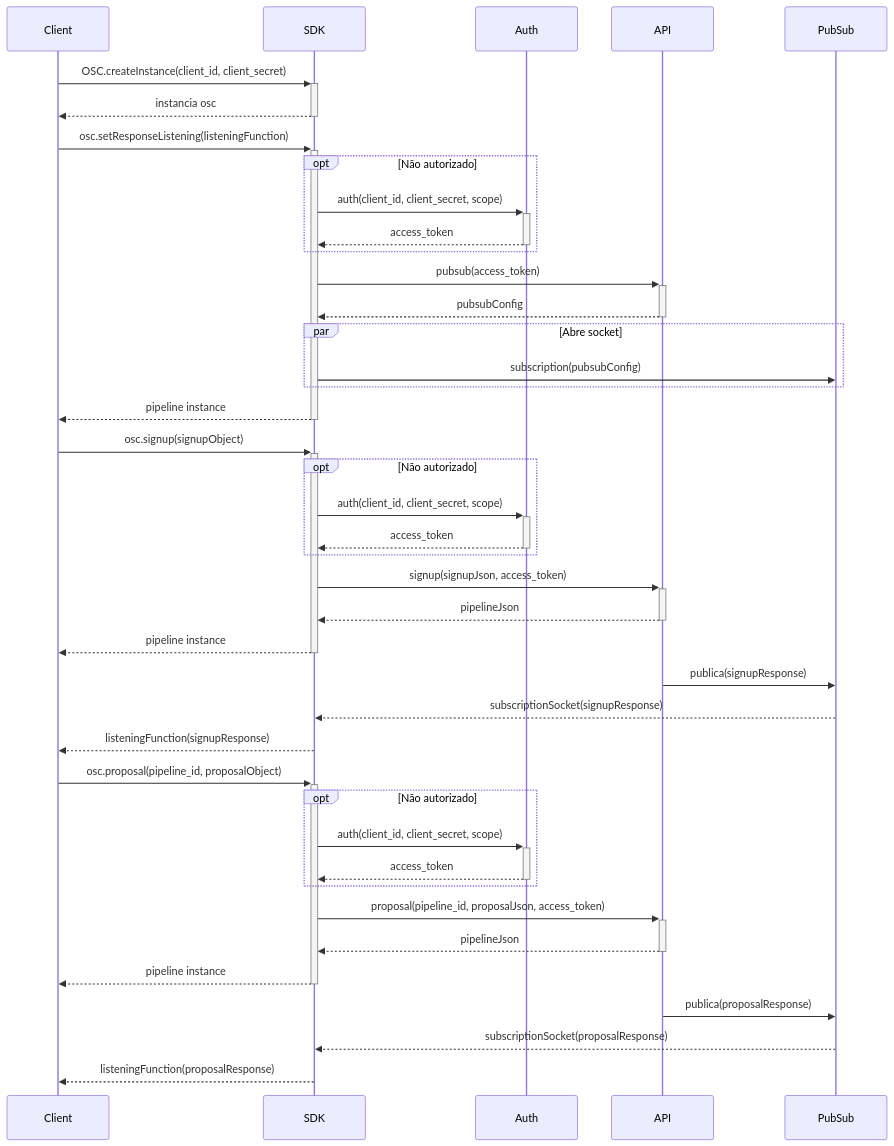
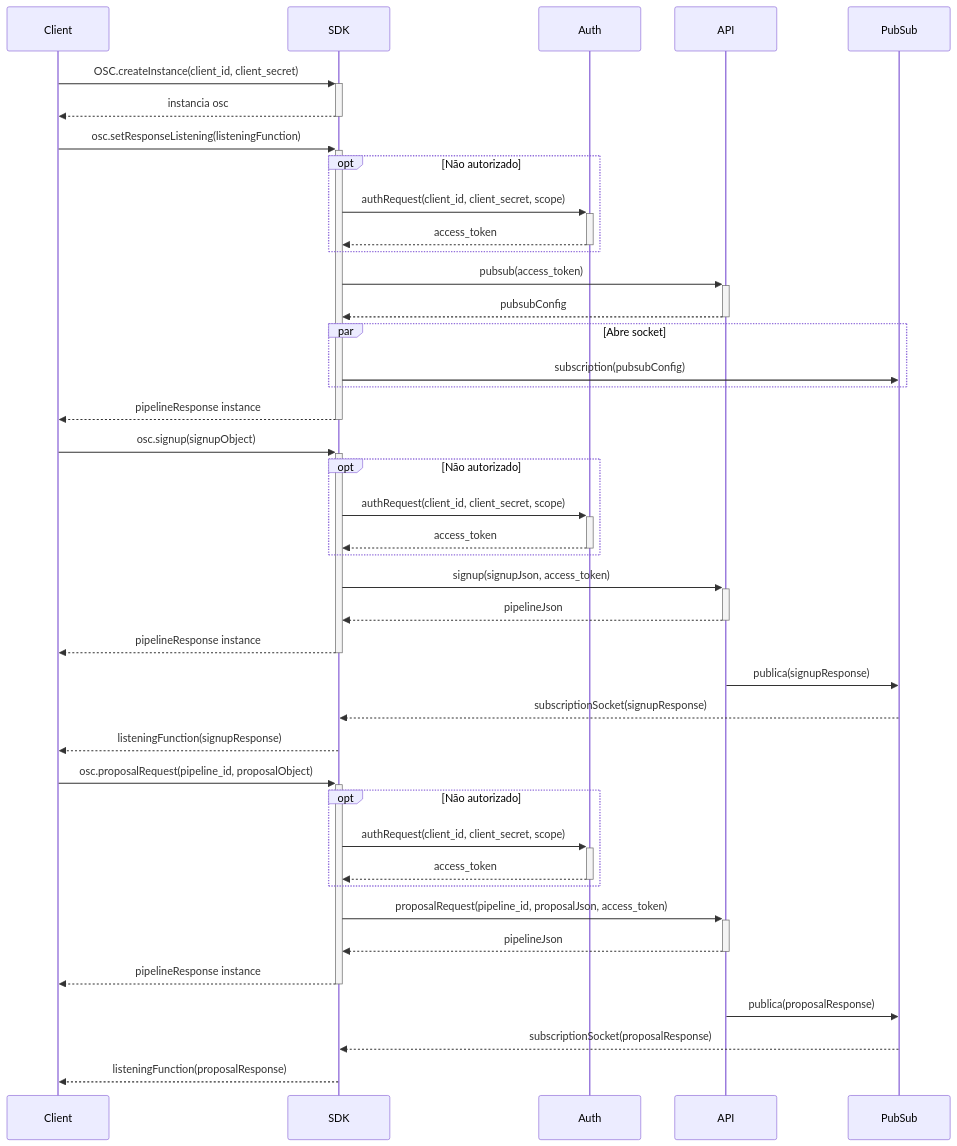
The second of 4 diagrams in README.md (Fitbank-Pagamentos-Eletronicos/osc-sdk-java), drawn with Mermaid before and after one commit. The commit also changed other lines of this file and 229 other files, not shown here.

````diff
--- a/README.md
+++ b/README.md
@@ -231,47 +231,47 @@
 ```mermaid
 sequenceDiagram
     participant Client
     participant SDK
     participant Auth
     participant API
     participant PubSub
 
     Client->>+SDK: OSC.createInstance(client_id, client_secret)
     SDK-->>-Client: instancia osc
     
     Client->>+SDK: osc.setResponseListening(listeningFunction)
         opt Não autorizado 
-            SDK->>+Auth: auth(client_id, client_secret, scope)
+            SDK->>+Auth: authRequest(client_id, client_secret, scope)
             Auth-->>-SDK: access_token
         end
         SDK->>+API: pubsub(access_token)
         API-->>-SDK: pubsubConfig
         par Abre socket
             SDK->>PubSub: subscription(pubsubConfig)
         end
-    SDK-->>-Client: pipeline instance
+    SDK-->>-Client: pipelineResponse instance
     
     Client->>+SDK: osc.signup(signupObject)
         opt Não autorizado 
-            SDK->>+Auth: auth(client_id, client_secret, scope)
+            SDK->>+Auth: authRequest(client_id, client_secret, scope)
             Auth-->>-SDK: access_token
         end
         SDK->>+API: signup(signupJson, access_token)
         API-->>-SDK: pipelineJson
-    SDK-->>-Client: pipeline instance
+    SDK-->>-Client: pipelineResponse instance
     API->>PubSub: publica(signupResponse)
     PubSub-->>SDK: subscriptionSocket(signupResponse)
     SDK-->>Client: listeningFunction(signupResponse)
     
-    Client->>+SDK: osc.proposal(pipeline_id, proposalObject)
+    Client->>+SDK: osc.proposalRequest(pipeline_id, proposalObject)
         opt Não autorizado 
-            SDK->>+Auth: auth(client_id, client_secret, scope)
+            SDK->>+Auth: authRequest(client_id, client_secret, scope)
             Auth-->>-SDK: access_token
         end
-        SDK->>+API: proposal(pipeline_id, proposalJson, access_token)
+        SDK->>+API: proposalRequest(pipeline_id, proposalJson, access_token)
         API-->>-SDK: pipelineJson
-    SDK-->>-Client: pipeline instance
+    SDK-->>-Client: pipelineResponse instance
     API->>PubSub: publica(proposalResponse)
     PubSub-->>SDK: subscriptionSocket(proposalResponse)
     SDK-->>Client: listeningFunction(proposalResponse)
 ```
````
